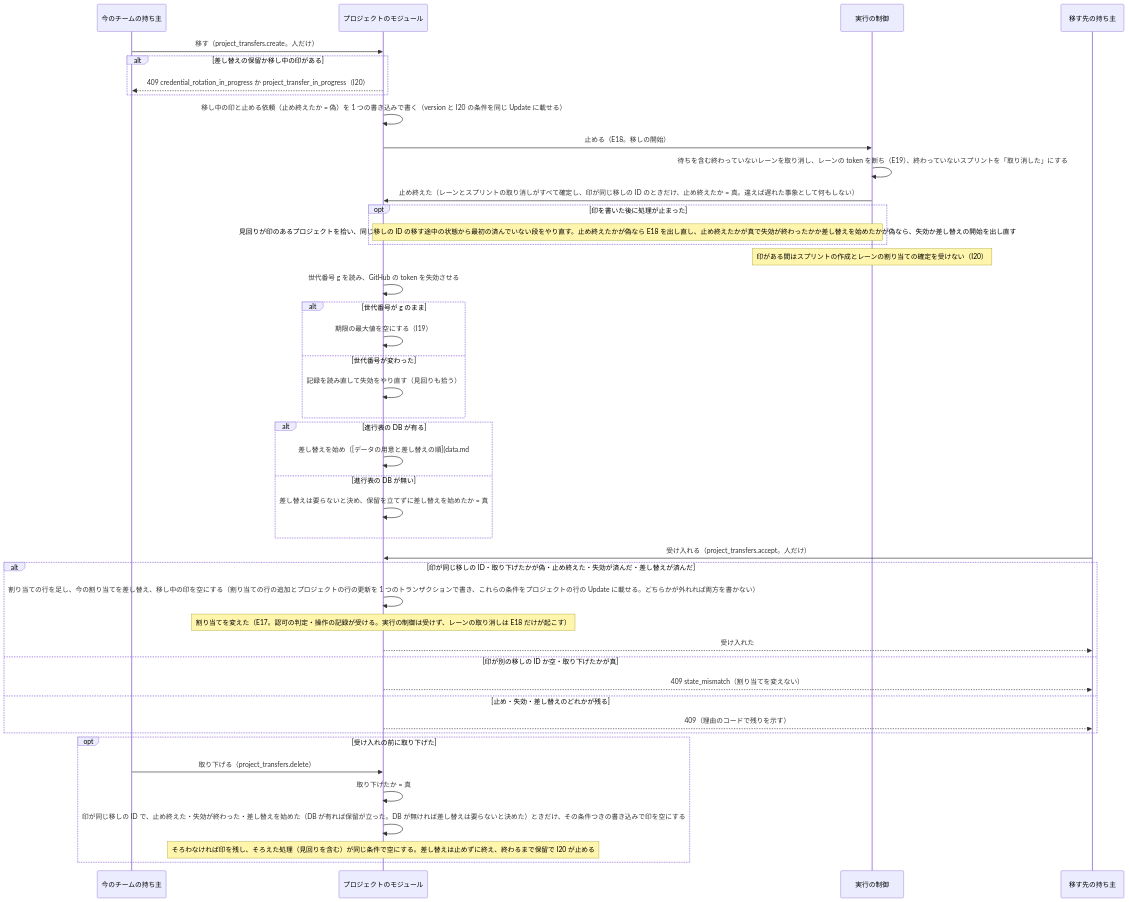
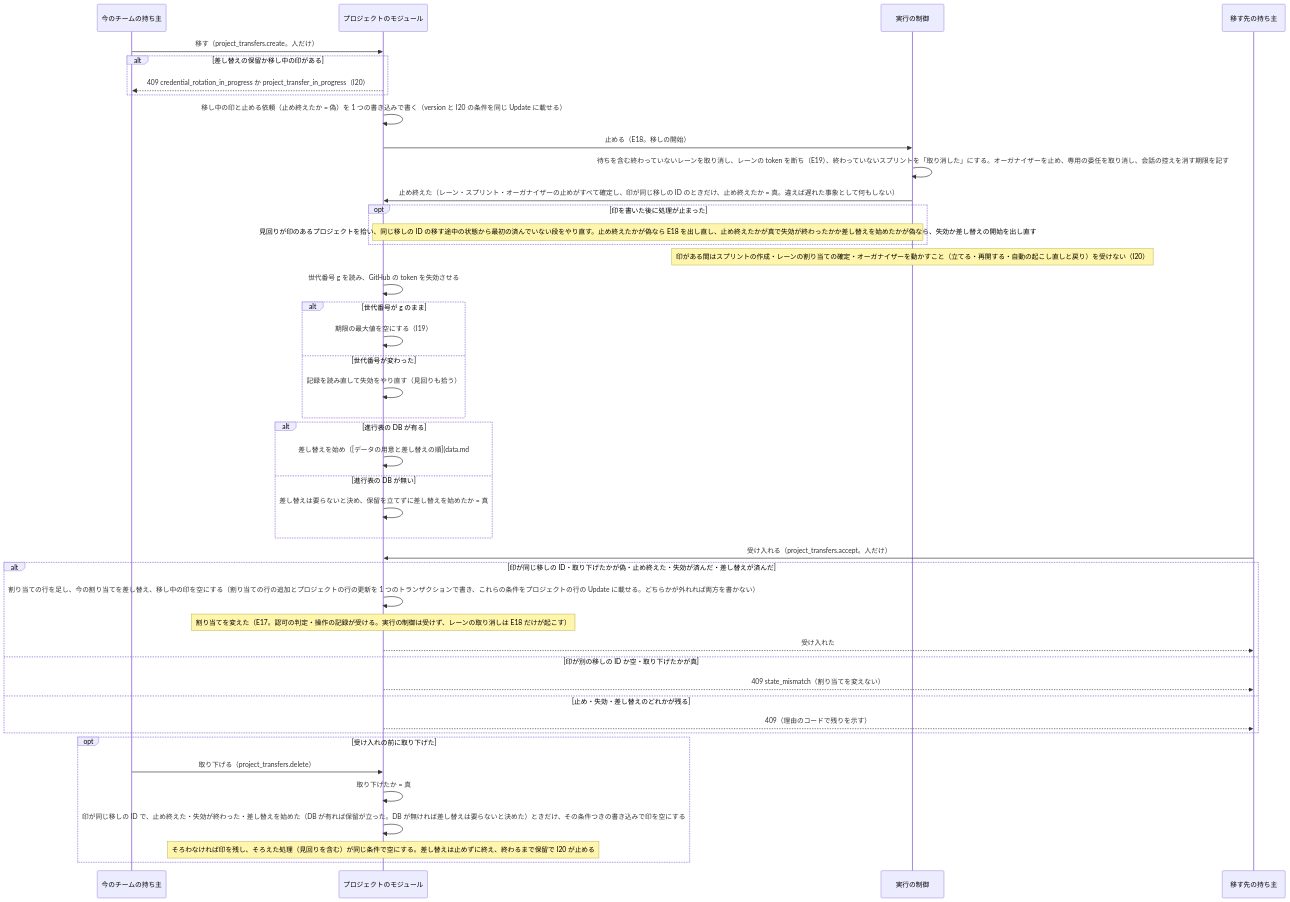
The diagram in docs/design/overview.md (devbasex/nd-factory), drawn with Mermaid before and after one commit. The commit also changed other lines of this file and 7 other files, not shown here.

````diff
--- a/docs/design/overview.md
+++ b/docs/design/overview.md
@@ -269,46 +269,46 @@
 ```mermaid
 sequenceDiagram
     participant O as 今のチームの持ち主
     participant P as プロジェクトのモジュール
     participant X as 実行の制御
     participant T as 移す先の持ち主
     O->>P: 移す（project_transfers.create。人だけ）
     alt 差し替えの保留か移し中の印がある
         P-->>O: 409 credential_rotation_in_progress か project_transfer_in_progress（I20）
     end
     P->>P: 移し中の印と止める依頼（止め終えたか = 偽）を 1 つの書き込みで書く（version と I20 の条件を同じ Update に載せる）
     P->>X: 止める（E18。移しの開始）
-    X->>X: 待ちを含む終わっていないレーンを取り消し、レーンの token を断ち（E19）、終わっていないスプリントを「取り消した」にする
-    X->>P: 止め終えた（レーンとスプリントの取り消しがすべて確定し、印が同じ移しの ID のときだけ、止め終えたか = 真。違えば遅れた事象として何もしない）
+    X->>X: 待ちを含む終わっていないレーンを取り消し、レーンの token を断ち（E19）、終わっていないスプリントを「取り消した」にする。オーガナイザーを止め、専用の委任を取り消し、会話の控えを消す期限を記す
+    X->>P: 止め終えた（レーン・スプリント・オーガナイザーの止めがすべて確定し、印が同じ移しの ID のときだけ、止め終えたか = 真。違えば遅れた事象として何もしない）
     opt 印を書いた後に処理が止まった
         Note over P,X: 見回りが印のあるプロジェクトを拾い、同じ移しの ID の移す途中の状態から最初の済んでいない段をやり直す。止め終えたかが偽なら E18 を出し直し、止め終えたかが真で失効が終わったかか差し替えを始めたかが偽なら、失効か差し替えの開始を出し直す
     end
-    Note over X: 印がある間はスプリントの作成とレーンの割り当ての確定を受けない（I20）
+    Note over X: 印がある間はスプリントの作成・レーンの割り当ての確定・オーガナイザーを動かすこと（立てる・再開する・自動の起こし直しと戻り）を受けない（I20）
     P->>P: 世代番号 g を読み、GitHub の token を失効させる
     alt 世代番号が g のまま
         P->>P: 期限の最大値を空にする（I19）
     else 世代番号が変わった
         P->>P: 記録を読み直して失効をやり直す（見回りも拾う）
     end
     alt 進行表の DB が有る
         P->>P: 差し替えを始め（[データの用意と差し替えの順](data.md#用意と差し替えの順)。保留を立てる）、同じ書き込みで差し替えを始めたか = 真
     else 進行表の DB が無い
         P->>P: 差し替えは要らないと決め、保留を立てずに差し替えを始めたか = 真
     end
     T->>P: 受け入れる（project_transfers.accept。人だけ）
     alt 印が同じ移しの ID・取り下げたかが偽・止め終えた・失効が済んだ・差し替えが済んだ
         P->>P: 割り当ての行を足し、今の割り当てを差し替え、移し中の印を空にする（割り当ての行の追加とプロジェクトの行の更新を 1 つのトランザクションで書き、これらの条件をプロジェクトの行の Update に載せる。どちらかが外れれば両方を書かない）
         Note over P: 割り当てを変えた（E17。認可の判定・操作の記録が受ける。実行の制御は受けず、レーンの取り消しは E18 だけが起こす）
         P-->>T: 受け入れた
     else 印が別の移しの ID か空・取り下げたかが真
         P-->>T: 409 state_mismatch（割り当てを変えない）
     else 止め・失効・差し替えのどれかが残る
         P-->>T: 409（理由のコードで残りを示す）
     end
     opt 受け入れの前に取り下げた
         O->>P: 取り下げる（project_transfers.delete）
         P->>P: 取り下げたか = 真
         P->>P: 印が同じ移しの ID で、止め終えた・失効が終わった・差し替えを始めた（DB が有れば保留が立った。DB が無ければ差し替えは要らないと決めた）ときだけ、その条件つきの書き込みで印を空にする
         Note over P: そろわなければ印を残し、そろえた処理（見回りを含む）が同じ条件で空にする。差し替えは止めずに終え、終わるまで保留で I20 が止める
     end
 ```
````
